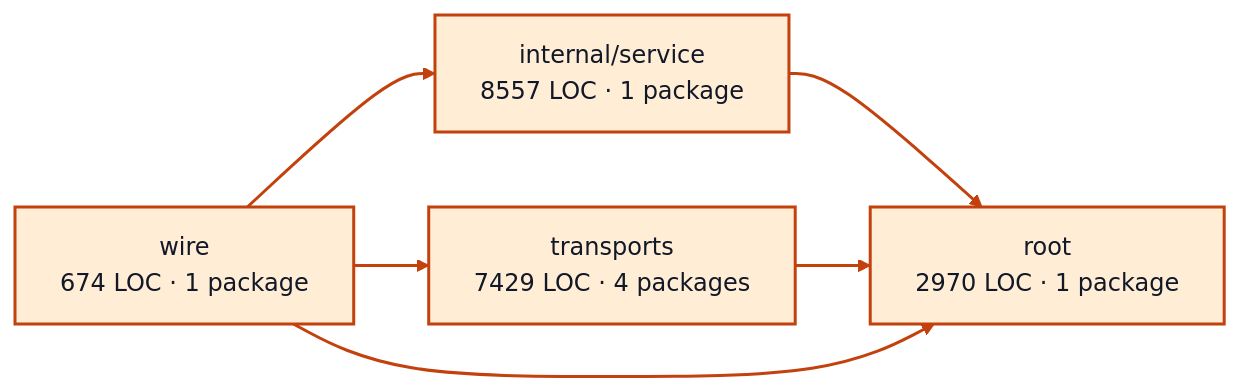
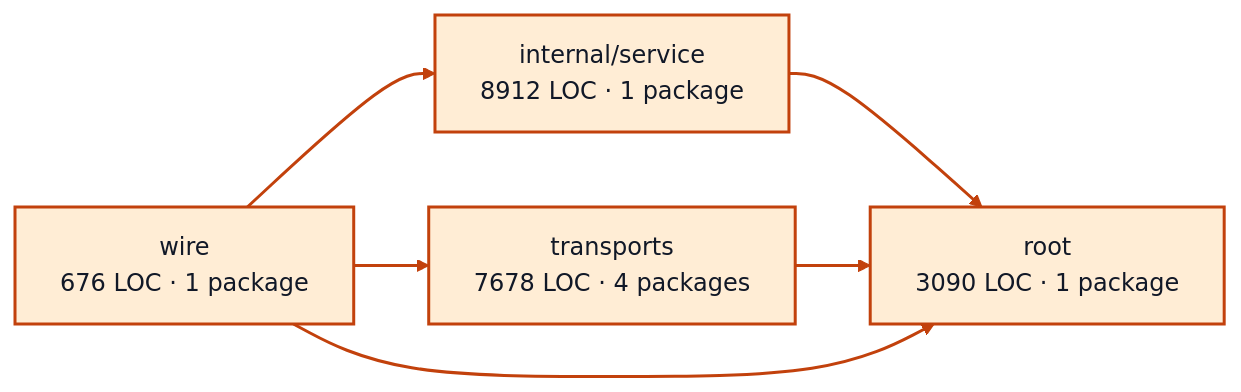
Before and after one commit to portpowered/you-agent-factory: the diagram in docs/architecture/visualizations/services/worker_sessions.md, drawn with Mermaid. The commit also changed other lines of this file and 20 other files, not shown here.

Commit message:
docs: refresh backend architecture visualizations

````diff
--- a/docs/architecture/visualizations/services/worker_sessions.md
+++ b/docs/architecture/visualizations/services/worker_sessions.md
@@ -11,17 +11,17 @@
 ```mermaid
 flowchart LR
-  p0["internal/service<br/>8557 LOC · 1 package"]
-  p1["root<br/>2970 LOC · 1 package"]
-  p2["transports<br/>7429 LOC · 4 packages"]
-  p3["wire<br/>674 LOC · 1 package"]
+  p0["internal/service<br/>8912 LOC · 1 package"]
+  p1["root<br/>3090 LOC · 1 package"]
+  p2["transports<br/>7678 LOC · 4 packages"]
+  p3["wire<br/>676 LOC · 1 package"]
   p0 --> p1
   p2 --> p1
   p3 --> p0
   p3 --> p1
   p3 --> p2
   style p0 fill:#ffedd5,stroke:#c2410c,stroke-width:2px,color:#111827
   style p1 fill:#ffedd5,stroke:#c2410c,stroke-width:2px,color:#111827
   style p2 fill:#ffedd5,stroke:#c2410c,stroke-width:2px,color:#111827
   style p3 fill:#ffedd5,stroke:#c2410c,stroke-width:2px,color:#111827
   linkStyle default stroke:#c2410c,stroke-width:2px
 ```
````
